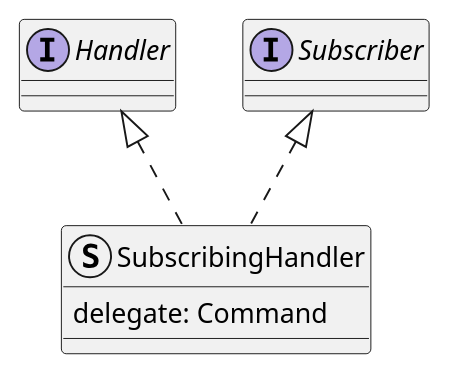
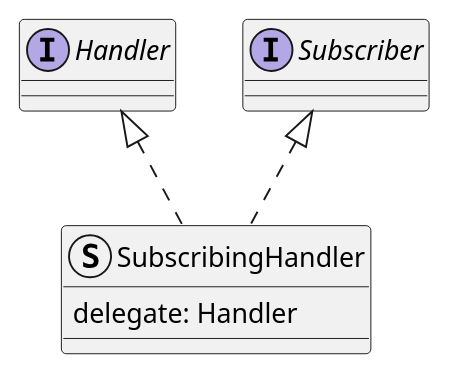
Before and after one commit to zwerdlds/roopes: the diagram in roopes_core/src/aggregates/subscribing_handler/subscribing_handler.plantuml, drawn with PlantUML. The commit also changed 16 other files, not shown here.

```diff
--- a/roopes_core/src/aggregates/subscribing_handler/subscribing_handler.plantuml
+++ b/roopes_core/src/aggregates/subscribing_handler/subscribing_handler.plantuml
@@ -1,12 +1,12 @@
 @startuml "subscribing_handler"
 
 interface "Subscriber" as sub
 struct "SubscribingHandler" as subHandler{
-    {field} delegate: Command
+    {field} delegate: Handler
 }
 interface "Handler" as hndl
 
 subHandler .u.|> sub
 subHandler .u.|> hndl
 
 @enduml
```
